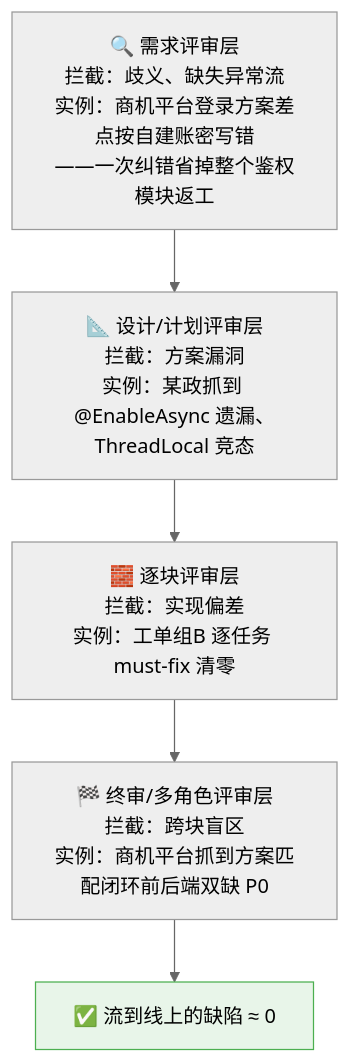
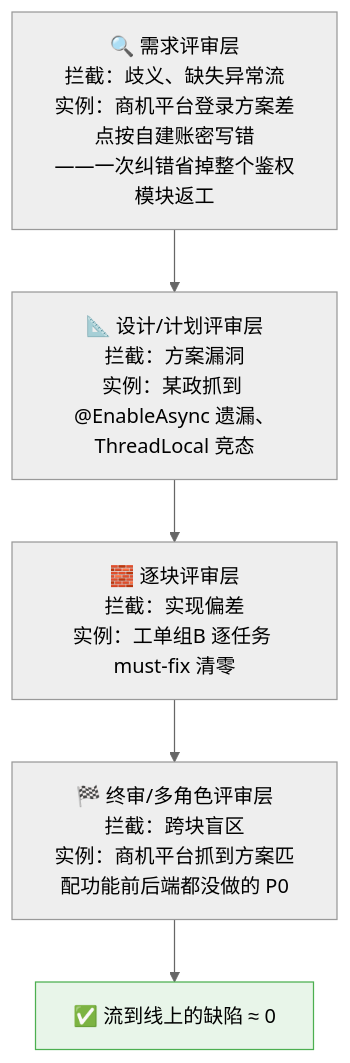
Before and after one commit to Woaini654321/efficiency-improvement: the seventh of 20 diagrams in 第二次分享资料/Claude-Code提效实战分享-图文版.md, drawn with Mermaid (neutral theme). The commit also changed other lines of this file and 2 other files, not shown here.

Commit message:
fix:提效文件的图文版已经人工审查完毕

````diff
--- a/第二次分享资料/Claude-Code提效实战分享-图文版.md
+++ b/第二次分享资料/Claude-Code提效实战分享-图文版.md
@@ -555,10 +555,10 @@
 ```mermaid
 flowchart TD
     A["🔍 需求评审层<br/>拦截：歧义、缺失异常流<br/>实例：商机平台登录方案差点按自建账密写错<br/>——一次纠错省掉整个鉴权模块返工"]
     B["📐 设计/计划评审层<br/>拦截：方案漏洞<br/>实例：某政抓到 @EnableAsync 遗漏、ThreadLocal 竞态"]
     C["🧱 逐块评审层<br/>拦截：实现偏差<br/>实例：工单组B 逐任务 must-fix 清零"]
-    D["🏁 终审/多角色评审层<br/>拦截：跨块盲区<br/>实例：商机平台抓到方案匹配闭环前后端双缺 P0"]
+    D["🏁 终审/多角色评审层<br/>拦截：跨块盲区<br/>实例：商机平台抓到方案匹配功能前后端都没做的 P0"]
     E["✅ 流到线上的缺陷 ≈ 0"]
     A --> B --> C --> D --> E
     style E fill:#e8f5e9,stroke:#4caf50
 ```
````
